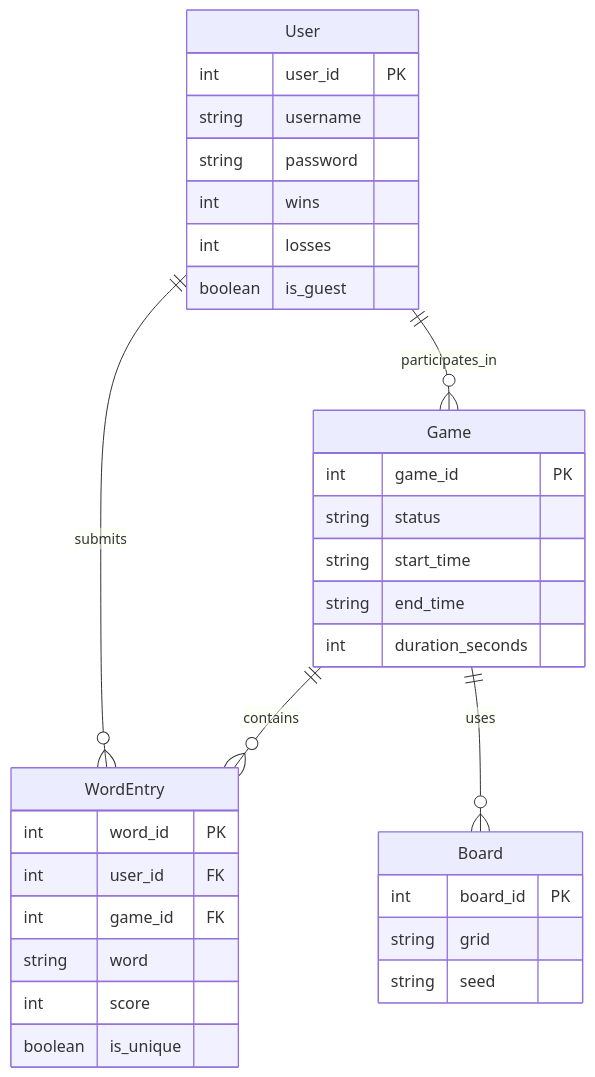
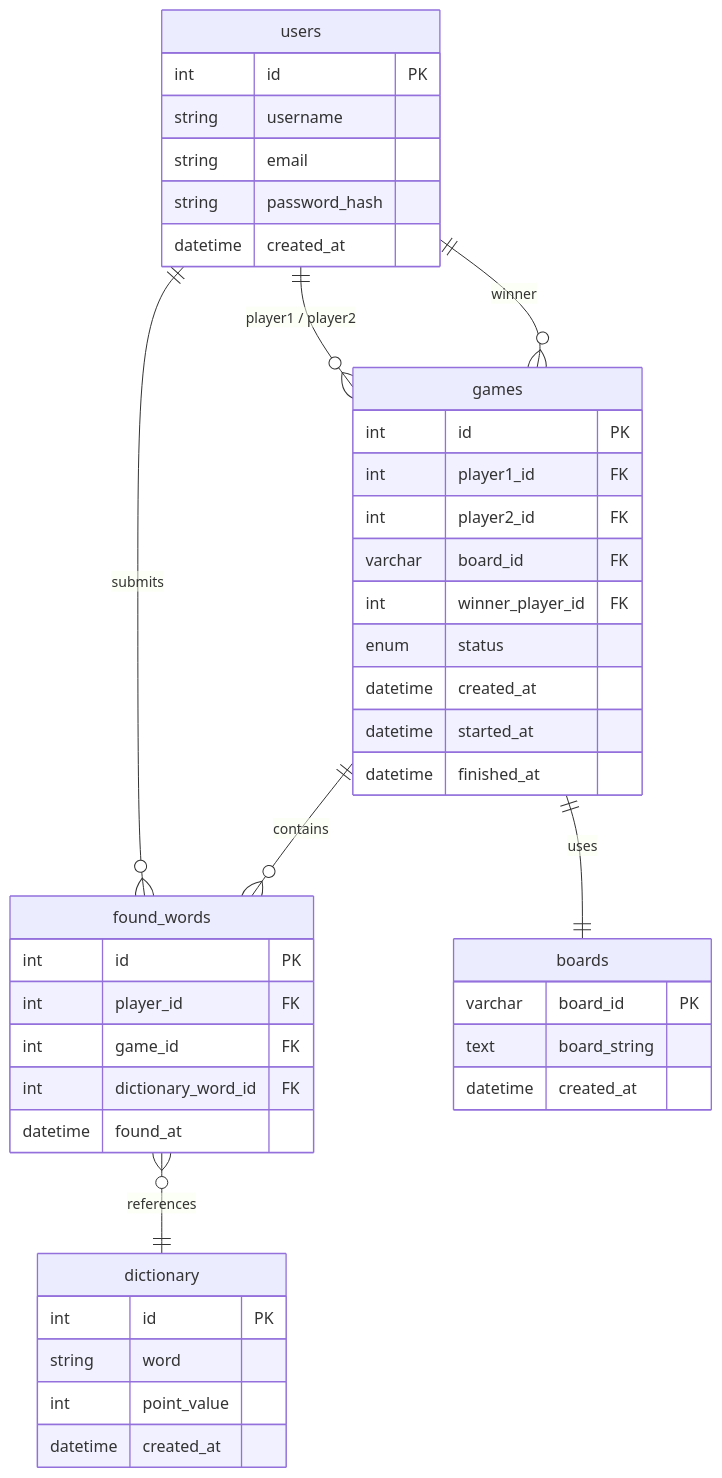
Before and after one commit to angelshih7/boggle-buddies: the second of 4 diagrams in README.md, drawn with Mermaid.

Commit message:
Updating the database documentation.

````diff
--- a/README.md
+++ b/README.md
@@ -40,39 +40,50 @@
 ```mermaid
 erDiagram
-    User ||--o{ Game : participates_in
-    Game ||--o{ WordEntry : contains
-    User ||--o{ WordEntry : submits
-    Game ||--o{ Board : uses
+    users ||--o{ games : "player1 / player2"
+    users ||--o{ found_words : submits
+    games ||--o{ found_words : contains
+    games ||--|| boards : uses
+    found_words }o--|| dictionary : references
+    games }o--|| users : winner
 
-    User {
-        int user_id PK
+    users {
+        int id PK
         string username
-        string password
-        int wins
-        int losses
-        boolean is_guest
+        string email
+        string password_hash
+        datetime created_at
     }
 
-    Game {
-        int game_id PK
-        string status
-        string start_time
-        string end_time
-        int duration_seconds
+    games {
+        int id PK
+        int player1_id FK
+        int player2_id FK
+        varchar board_id FK
+        int winner_player_id FK
+        enum status
+        datetime created_at
+        datetime started_at
+        datetime finished_at
     }
 
-    Board {
-        int board_id PK
-        string grid
-        string seed
+    boards {
+        varchar board_id PK
+        text board_string
+        datetime created_at
     }
 
-    WordEntry {
-        int word_id PK
-        int user_id FK
+    dictionary {
+        int id PK
+        string word
+        int point_value
+        datetime created_at
+    }
+
+    found_words {
+        int id PK
+        int player_id FK
         int game_id FK
-        string word
-        int score
-        boolean is_unique
+        int dictionary_word_id FK
+        datetime found_at
     }
 ```
````
